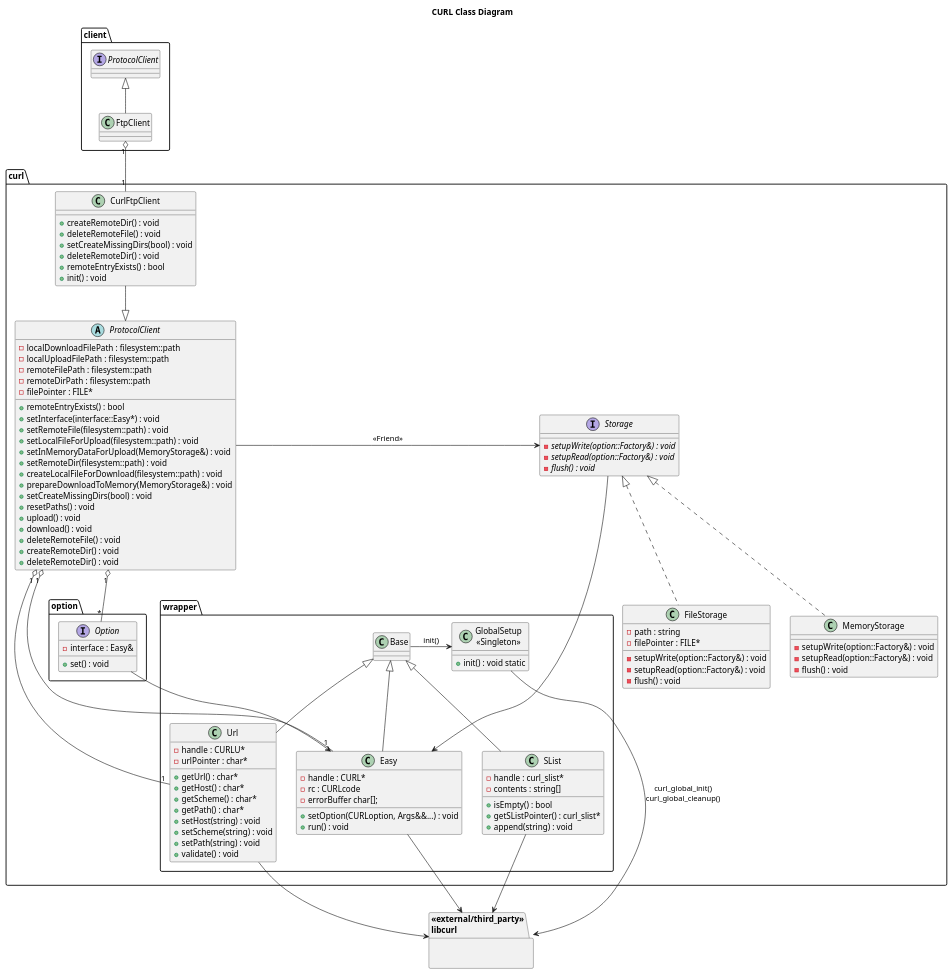
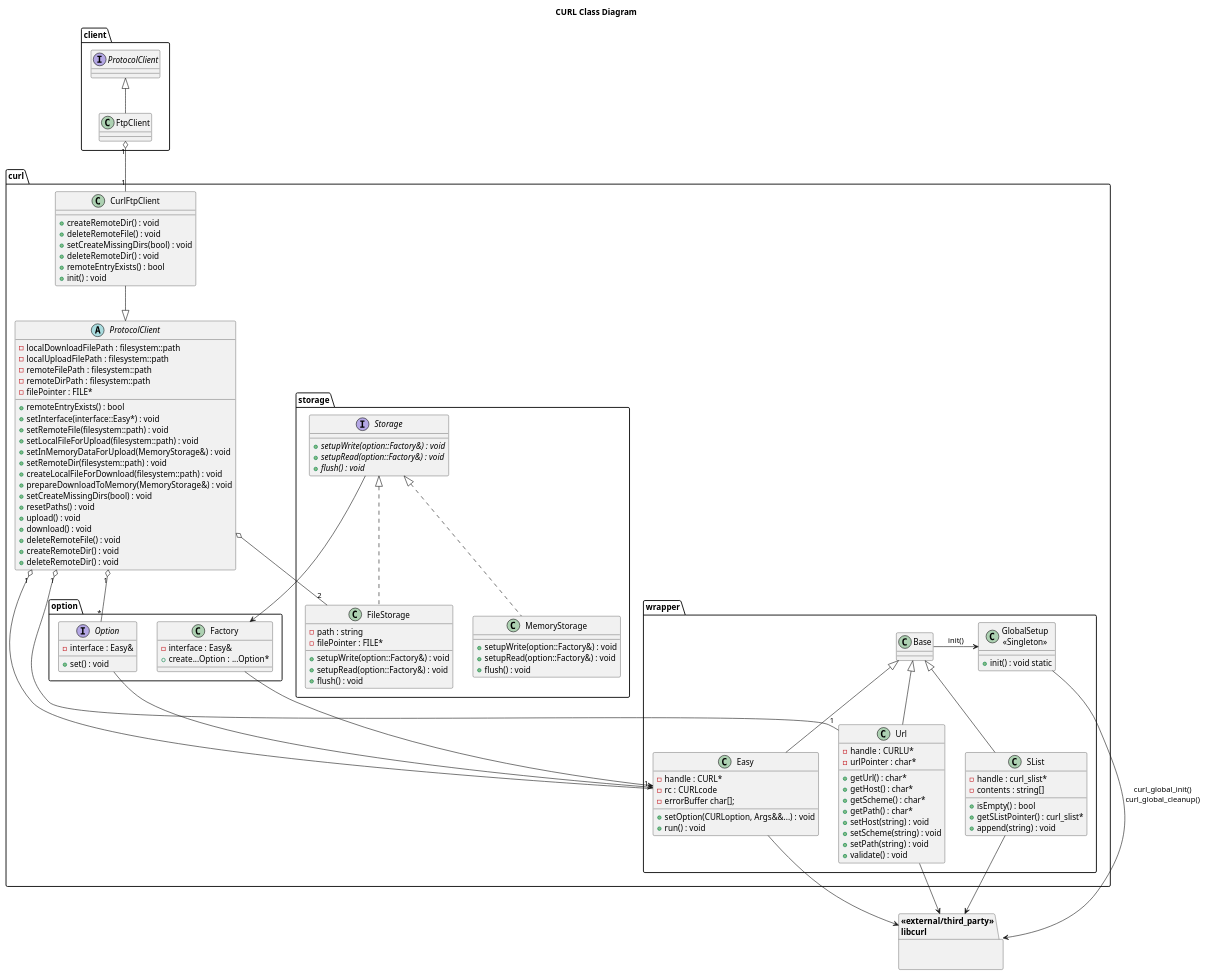
The diagram in libfilesync/curl/doc/class.puml (kfpgk/libfilesync), drawn with PlantUML before and after one commit. The commit also changed 119 other files, not shown here.

```diff
--- a/libfilesync/curl/doc/class.puml
+++ b/libfilesync/curl/doc/class.puml
@@ -1,132 +1,140 @@
 @startuml curl-class-diagram
 
 title CURL Class Diagram
 
 package client {
 
     interface ProtocolClient
     class FtpClient
 
 }
 
 package curl {
     abstract class "ProtocolClient" as CurlProtocolClient {
         - localDownloadFilePath : filesystem::path
         - localUploadFilePath : filesystem::path 
         - remoteFilePath : filesystem::path 
         - remoteDirPath : filesystem::path
         - filePointer : FILE*
         + remoteEntryExists() : bool
         + setInterface(interface::Easy*) : void
         + setRemoteFile(filesystem::path) : void
         + setLocalFileForUpload(filesystem::path) : void
         + setInMemoryDataForUpload(MemoryStorage&) : void
         + setRemoteDir(filesystem::path) : void
         + createLocalFileForDownload(filesystem::path) : void
         + prepareDownloadToMemory(MemoryStorage&) : void
         + setCreateMissingDirs(bool) : void
         + resetPaths() : void
         + upload() : void
         + download() : void
         + deleteRemoteFile() : void
         + createRemoteDir() : void
         + deleteRemoteDir() : void       
     }
     class "CurlFtpClient" as CurlFtpClient {
         + createRemoteDir() : void
         + deleteRemoteFile() : void
         + setCreateMissingDirs(bool) : void
         + deleteRemoteDir() : void
         + remoteEntryExists() : bool
         + init() : void
     }
-    interface Storage {
-        - {abstract} setupWrite(option::Factory&) : void
-        - {abstract} setupRead(option::Factory&) : void
-        - {abstract} flush() : void
-    }
-    class "FileStorage" as FileStorage {
-        - path : string
-        - filePointer : FILE*
-        - setupWrite(option::Factory&) : void
-        - setupRead(option::Factory&) : void
-        - flush() : void
-    }
-    class "MemoryStorage" as MemoryStorage {
-        - setupWrite(option::Factory&) : void
-        - setupRead(option::Factory&) : void
-        - flush() : void
+    package storage {
+        interface Storage {
+            + {abstract} setupWrite(option::Factory&) : void
+            + {abstract} setupRead(option::Factory&) : void
+            + {abstract} flush() : void
+        }
+        class "FileStorage" as FileStorage {
+            - path : string
+            - filePointer : FILE*
+            + setupWrite(option::Factory&) : void
+            + setupRead(option::Factory&) : void
+            + flush() : void
+        }
+        class "MemoryStorage" as MemoryStorage {
+            + setupWrite(option::Factory&) : void
+            + setupRead(option::Factory&) : void
+            + flush() : void
+        }
     }
     package wrapper {
         class "Url" as CurlUrl {
             - handle : CURLU*
             - urlPointer : char*
             + getUrl() : char*
             + getHost() : char*
             + getScheme() : char*
             + getPath() : char*
             + setHost(string) : void
             + setScheme(string) : void
             + setPath(string) : void
             + validate() : void
         }
         class "SList" as CurlSList {
             - handle : curl_slist*
             - contents : string[]
             + isEmpty() : bool
             + getSListPointer() : curl_slist*
             + append(string) : void
         }
         class "Easy" as CurlEasy {
             - handle : CURL*
             - rc : CURLcode
             - errorBuffer char[];
             + setOption(CURLoption, Args&&...) : void
             + run() : void
         }
         class "GlobalSetup\n<<Singleton>>" as CurlGlobalSetup {
             + init() : void static
         }
         class "Base" as CurlBase
     }
 
     package option {
+        class "Factory" as Factory {
+            - interface : Easy&
+            + create...Option : ...Option*
+        }
         interface "Option" as CurlOption {
             - interface : Easy&
             + set() : void
         }
     }
 
 }
 
 
 package "<<external/third_party>>\nlibcurl" as libcurl {
 
 }
 
 CurlBase <|-- CurlEasy  
 CurlBase <|-- CurlUrl
 CurlBase <|-- CurlSList
 CurlBase -> CurlGlobalSetup : init()
 
 ProtocolClient <|-- FtpClient
 
 FtpClient "1" o-- "1" CurlFtpClient
 CurlFtpClient --|> CurlProtocolClient
 CurlProtocolClient "1" o-- "1" CurlUrl
-CurlProtocolClient -> Storage : <<Friend>>
+CurlProtocolClient o-- "2" FileStorage
 Storage <|.. MemoryStorage
 Storage <|.. FileStorage
 
-Storage -> CurlEasy
+Factory -> CurlEasy
+
+Storage --> Factory
 CurlOption --> CurlEasy
 CurlProtocolClient "1" o-- "*" CurlOption
 
 CurlProtocolClient "1" o-- "1" CurlEasy
 
 CurlUrl --> libcurl
 CurlSList --> libcurl
 CurlEasy --> libcurl
 CurlGlobalSetup --> libcurl : curl_global_init()\ncurl_global_cleanup()
 
 @enduml
```
